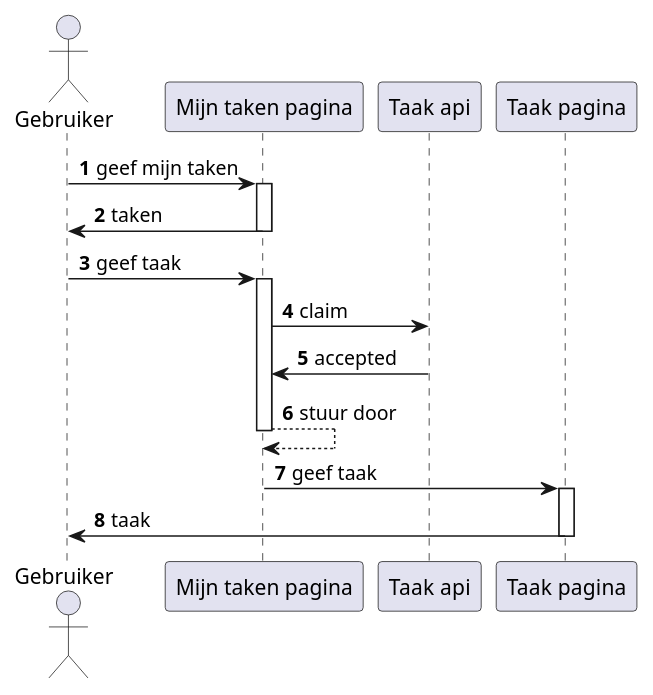
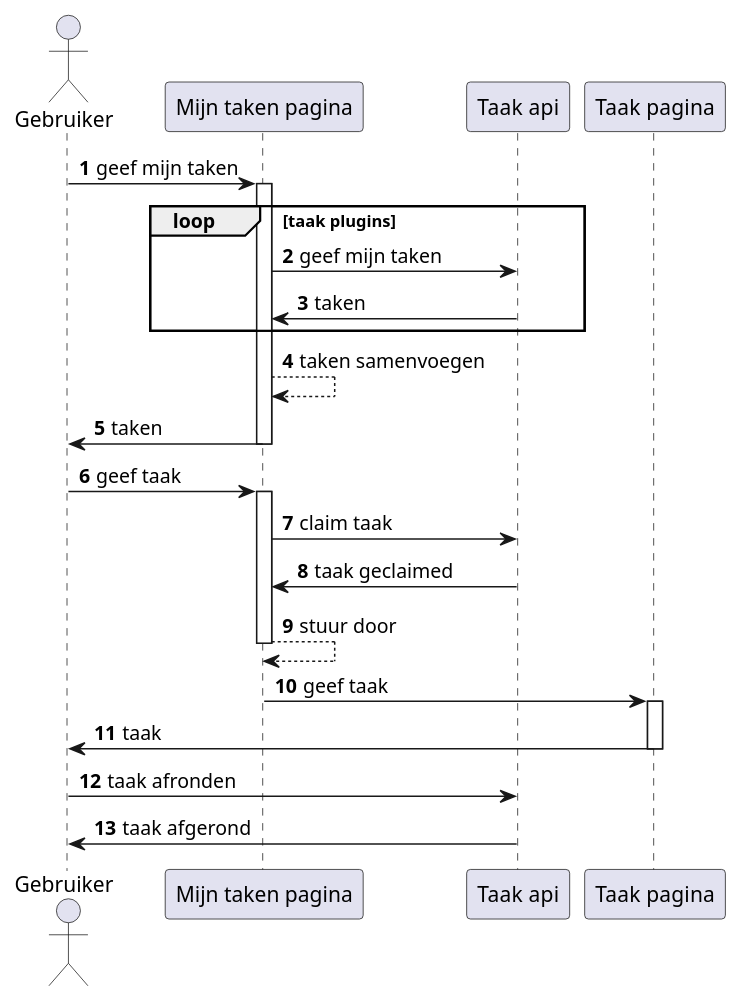
One commit to sbnnl/documentatie changed the diagram in docs/100_producten/910_takenlijst/sequence-diagram.puml. Above: the diagram before and after it, drawn with PlantUML.

Commit message:
sequence aangepast

```diff
--- a/docs/100_producten/910_takenlijst/sequence-diagram.puml
+++ b/docs/100_producten/910_takenlijst/sequence-diagram.puml
@@ -1,26 +1,34 @@
 @startuml
 autonumber
 
 actor Gebruiker as user
 participant "Mijn taken pagina" as taken
 participant "Taak api" as api
 participant "Taak pagina" as taak
 
 user -> taken : geef mijn taken
 activate taken
+loop taak plugins
+    taken -> api : geef mijn taken
+    api -> taken : taken
+end
+taken --> taken : taken samenvoegen
 taken -> user : taken
 deactivate taken
 
 user -> taken : geef taak
 activate taken
-taken -> api : claim
-api -> taken: accepted
+taken -> api : claim taak
+api -> taken: taak geclaimed
 taken --> taken : stuur door
 deactivate taken
 
 taken -> taak : geef taak
 activate taak
 taak -> user : taak
 deactivate taak
 
+user -> api : taak afronden
+api -> user : taak afgerond
+
 @enduml
```
